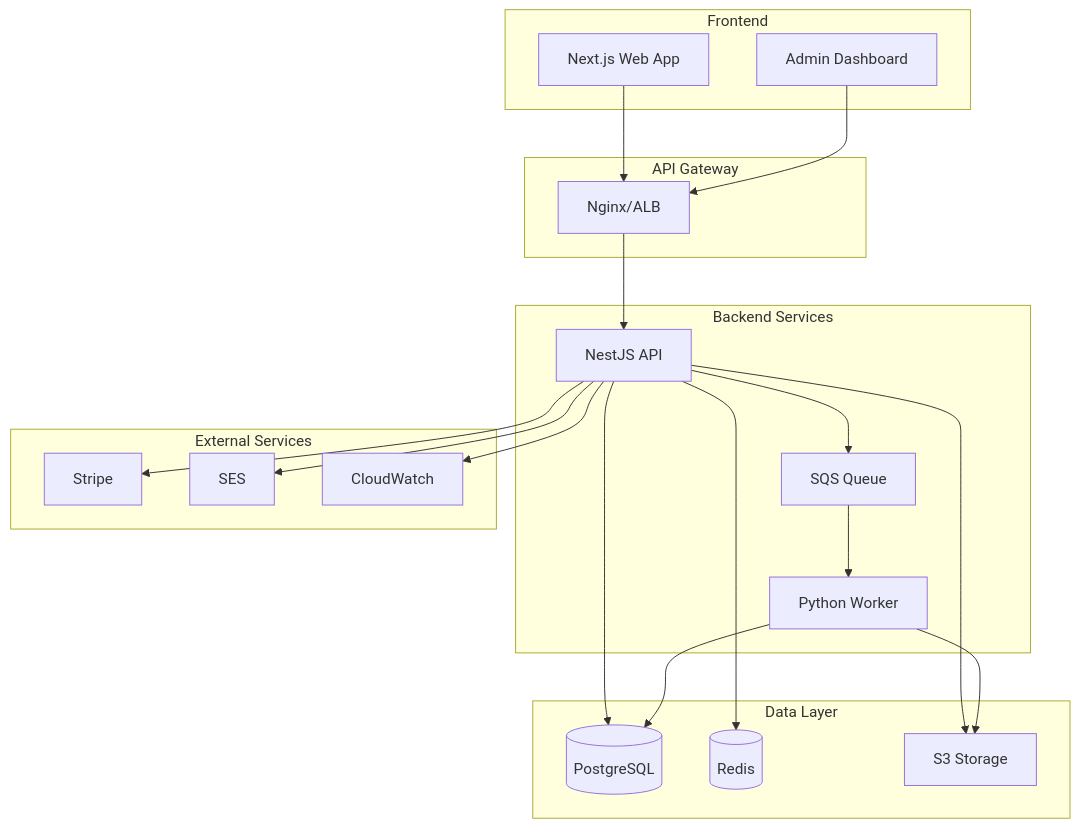
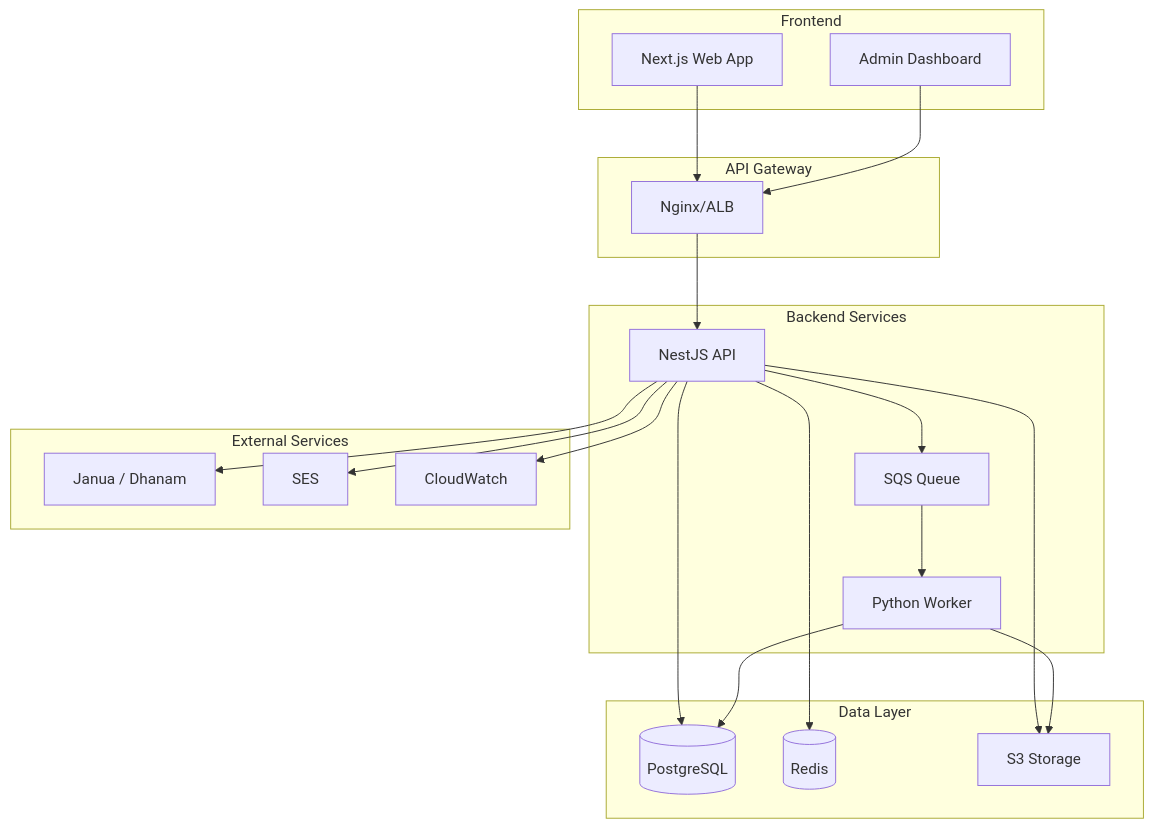
Before and after one commit to madfam-org/digifab-quoting: the first of 3 diagrams in docs/ARCHITECTURE.md, drawn with Mermaid. The commit also changed other lines of this file and 20 other files, not shown here.

Commit message:
docs: sync Cotiza API and billing references

````diff
--- a/docs/ARCHITECTURE.md
+++ b/docs/ARCHITECTURE.md
@@ -7,43 +7,43 @@
 ```mermaid
 graph TB
     subgraph "Frontend"
         WEB[Next.js Web App]
         ADMIN[Admin Dashboard]
     end
 
     subgraph "API Gateway"
         NGINX[Nginx/ALB]
     end
 
     subgraph "Backend Services"
         API[NestJS API]
         WORKER[Python Worker]
         QUEUE[SQS Queue]
     end
 
     subgraph "Data Layer"
         PG[(PostgreSQL)]
         REDIS[(Redis)]
         S3[S3 Storage]
     end
 
     subgraph "External Services"
-        STRIPE[Stripe]
+        BILLING[Janua / Dhanam]
         EMAIL[SES]
         MONITORING[CloudWatch]
     end
 
     WEB --> NGINX
     ADMIN --> NGINX
     NGINX --> API
     API --> PG
     API --> REDIS
     API --> S3
     API --> QUEUE
     QUEUE --> WORKER
     WORKER --> S3
     WORKER --> PG
-    API --> STRIPE
+    API --> BILLING
     API --> EMAIL
     API --> MONITORING
 ```
````
